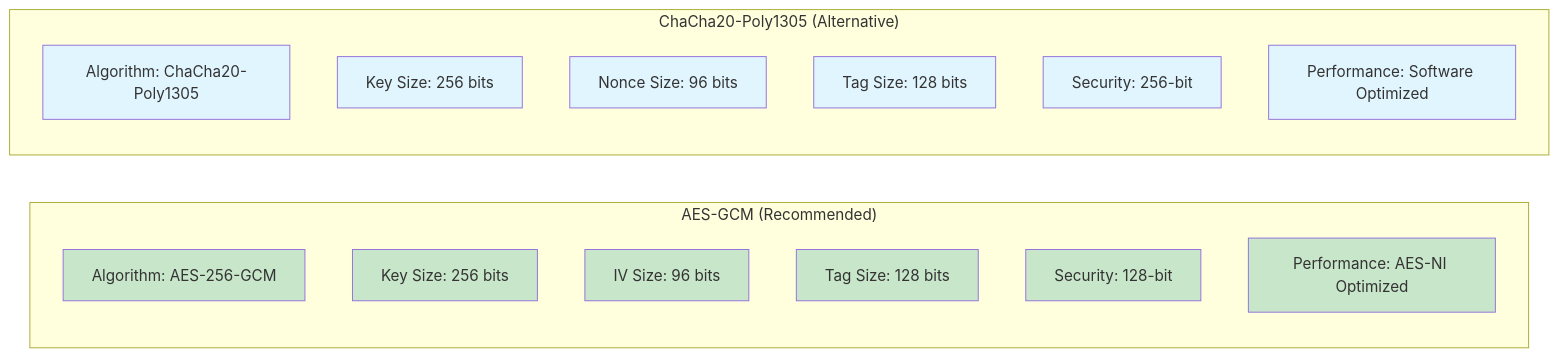
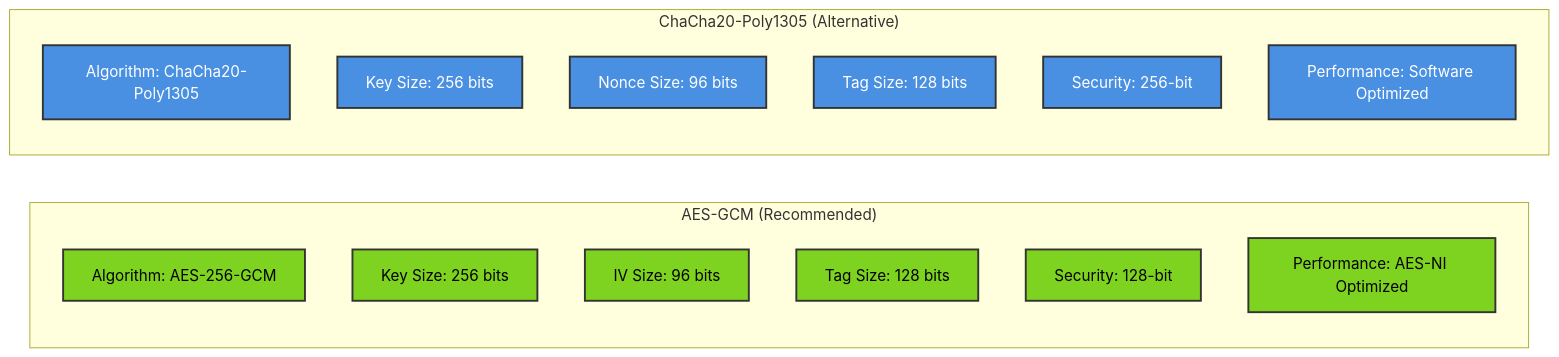
The ninth of 24 diagrams in SECURITY_SPECIFICATION.md (mbhatt1/maifscratch), drawn with Mermaid before and after one commit. The commit also changed other lines of this file, not shown here.

````diff
--- a/SECURITY_SPECIFICATION.md
+++ b/SECURITY_SPECIFICATION.md
@@ -462,33 +462,33 @@
 ```mermaid
 graph LR
     subgraph "AES-GCM (Recommended)"
         A1[Algorithm: AES-256-GCM]
         A2[Key Size: 256 bits]
         A3[IV Size: 96 bits]
         A4[Tag Size: 128 bits]
         A5[Security: 128-bit]
         A6[Performance: AES-NI Optimized]
     end
     
     subgraph "ChaCha20-Poly1305 (Alternative)"
         B1[Algorithm: ChaCha20-Poly1305]
         B2[Key Size: 256 bits]
         B3[Nonce Size: 96 bits]
         B4[Tag Size: 128 bits]
         B5[Security: 256-bit]
         B6[Performance: Software Optimized]
     end
     
-    style A1 fill:#c8e6c9
-    style A2 fill:#c8e6c9
-    style A3 fill:#c8e6c9
-    style A4 fill:#c8e6c9
-    style A5 fill:#c8e6c9
-    style A6 fill:#c8e6c9
-    style B1 fill:#e1f5fe
-    style B2 fill:#e1f5fe
-    style B3 fill:#e1f5fe
-    style B4 fill:#e1f5fe
-    style B5 fill:#e1f5fe
-    style B6 fill:#e1f5fe
+    style A1 fill:#7ED321,stroke:#333,stroke-width:2px,color:#000
+    style A2 fill:#7ED321,stroke:#333,stroke-width:2px,color:#000
+    style A3 fill:#7ED321,stroke:#333,stroke-width:2px,color:#000
+    style A4 fill:#7ED321,stroke:#333,stroke-width:2px,color:#000
+    style A5 fill:#7ED321,stroke:#333,stroke-width:2px,color:#000
+    style A6 fill:#7ED321,stroke:#333,stroke-width:2px,color:#000
+    style B1 fill:#4A90E2,stroke:#333,stroke-width:2px,color:#fff
+    style B2 fill:#4A90E2,stroke:#333,stroke-width:2px,color:#fff
+    style B3 fill:#4A90E2,stroke:#333,stroke-width:2px,color:#fff
+    style B4 fill:#4A90E2,stroke:#333,stroke-width:2px,color:#fff
+    style B5 fill:#4A90E2,stroke:#333,stroke-width:2px,color:#fff
+    style B6 fill:#4A90E2,stroke:#333,stroke-width:2px,color:#fff
 ```
````
